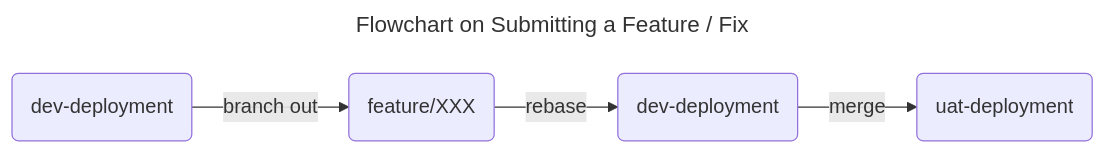
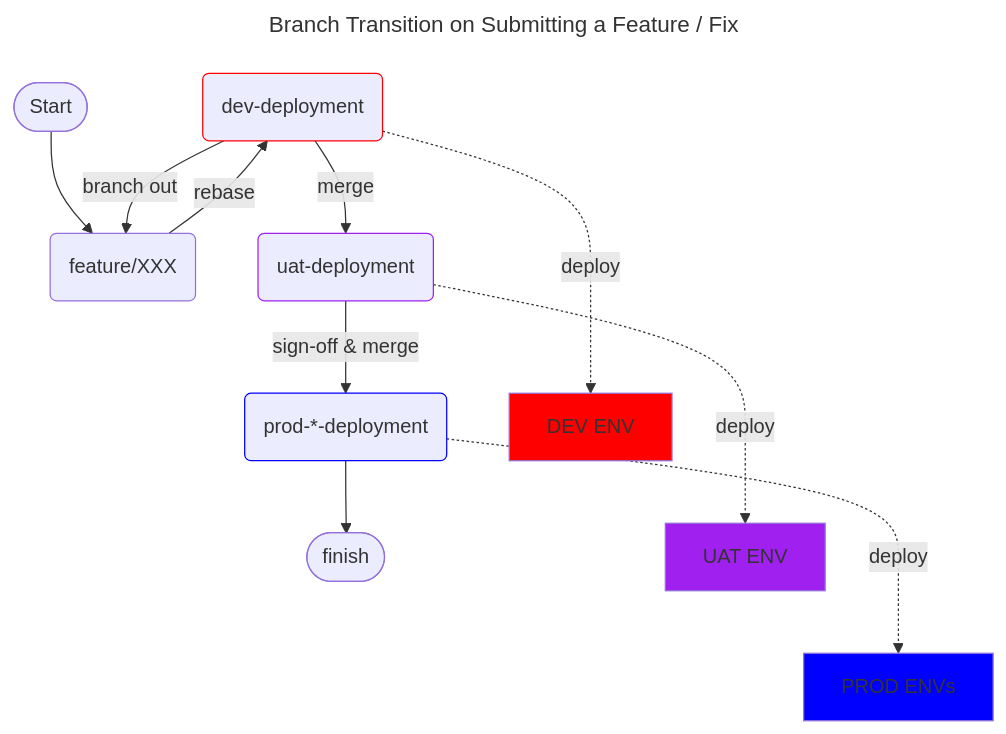
One commit to adamwan-nexplore/guidebook-nxp-hk changed the first of 2 diagrams in how-we-develop/git-workflow.md. Above: the diagram before and after it, drawn with Mermaid. The commit also changed other lines of this file and 9 other files, not shown here.

````diff
--- a/how-we-develop/git-workflow.md
+++ b/how-we-develop/git-workflow.md
@@ -10,12 +10,31 @@
 ```mermaid
 ---
-title: Flowchart on Submitting a Feature / Fix
+title: Branch Transition on Submitting a Feature / Fix
 ---
-flowchart LR
-    base(dev-deployment)
+flowchart TD
+    develop(dev-deployment)
     feature(feature/XXX)
-    newbase(dev-deployment)
-    candidate(uat-deployment)
+    uat(uat-deployment)
+    prod(prod-*-deployment)
+    start([Start])
+    finish([finish])
 
-    base -->|branch out| feature -->|rebase| newbase -->|merge| candidate(uat-deployment)
+    dev-env[DEV ENV]
+    uat-env[UAT ENV]
+    prod-env[PROD ENVs]
+
+    style develop stroke:#f00
+    style uat stroke:#A020F0
+    style prod stroke:#00f
+
+    style dev-env fill:#f00
+    style uat-env fill:#A020F0
+    style prod-env fill:#00f
+
+    start --> feature
+    develop -->|branch out| feature -->|rebase| develop -->|merge| uat -->|sign-off & merge| prod --> finish
+
+    develop -..->|deploy| dev-env
+    uat -..->|deploy| uat-env
+    prod -..->|deploy| prod-env
 ```
````
